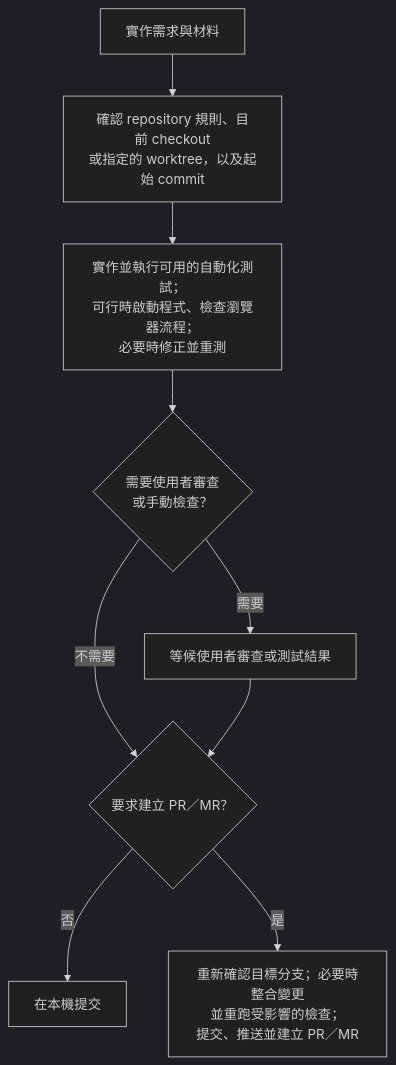
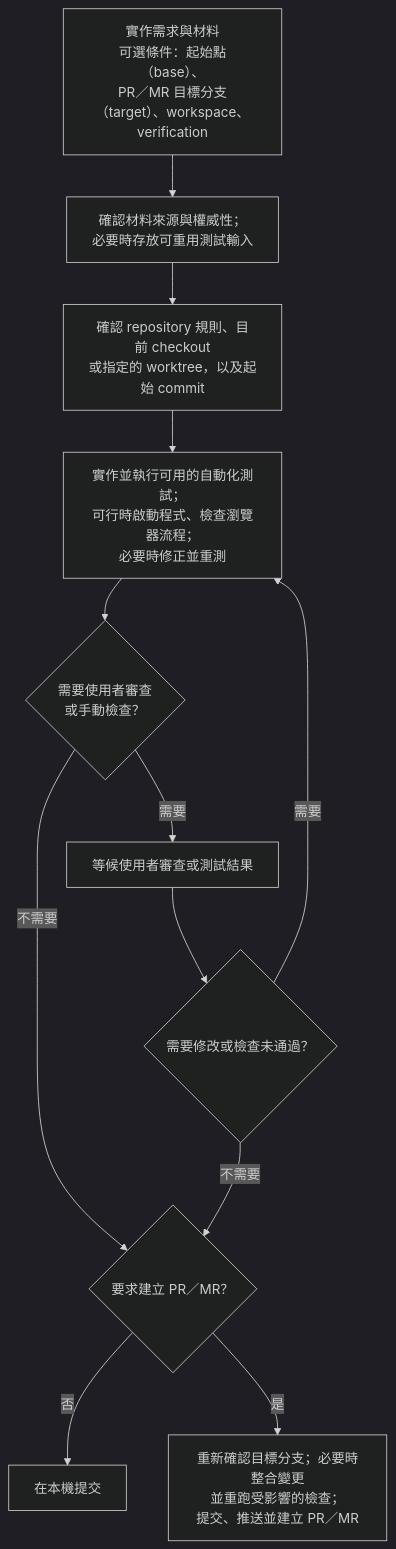
Before and after one commit to sherrilla71940/dotfiles: the second of 2 diagrams in README.zh-TW.md, drawn with Mermaid (dark theme). The commit also changed other lines of this file and 1 other file, not shown here.

````diff
--- a/README.zh-TW.md
+++ b/README.zh-TW.md
@@ -56,11 +55,14 @@
 ```mermaid
 flowchart TB
-    request["實作需求與材料"] --> workspace["確認 repository 規則、目前 checkout<br/>或指定的 worktree，以及起始 commit"]
+    request["實作需求與材料<br/>可選條件：起始點（base）、<br/>PR／MR 目標分支（target）、workspace、verification"] --> materials["確認材料來源與權威性；<br/>必要時存放可重用測試輸入"]
+    materials --> workspace["確認 repository 規則、目前 checkout<br/>或指定的 worktree，以及起始 commit"]
     workspace --> work["實作並執行可用的自動化測試；<br/>可行時啟動程式、檢查瀏覽器流程；<br/>必要時修正並重測"]
     work --> gate{"需要使用者審查<br/>或手動檢查？"}
     gate -->|需要| user["等候使用者審查或測試結果"]
     gate -->|不需要| delivery{"要求建立 PR／MR？"}
-    user --> delivery
+    user --> feedback{"需要修改或檢查未通過？"}
+    feedback -->|需要| work
+    feedback -->|不需要| delivery
     delivery -->|否| local["在本機提交"]
     delivery -->|是| publish["重新確認目標分支；必要時整合變更<br/>並重跑受影響的檢查；<br/>提交、推送並建立 PR／MR"]
 ```
````
